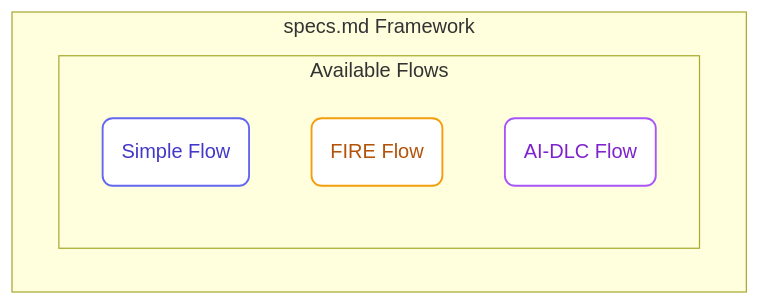
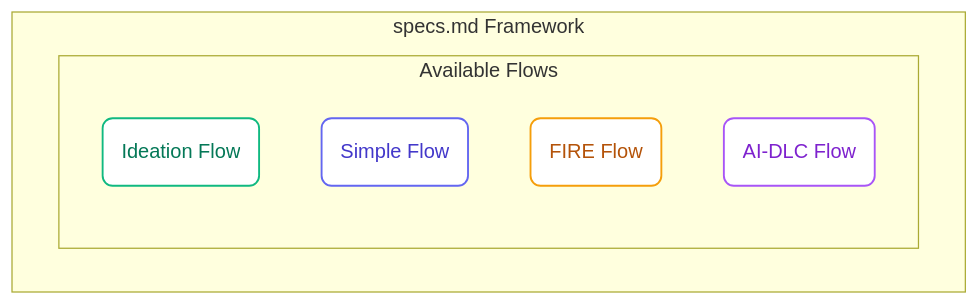
One commit to fabriqaai/specs.md changed the first of 4 diagrams in docs.specs.md/architecture/flows.mdx. Above: the diagram before and after it, drawn with Mermaid. The commit also changed other lines of this file and 6 other files, not shown here.

First line of the commit message:
feat: Introduce Ideation Flow to enhance creative brainstorming capabilities

````diff
--- a/docs.specs.md/architecture/flows.mdx
+++ b/docs.specs.md/architecture/flows.mdx
@@ -10,13 +10,15 @@
 ```mermaid actions={false}
 flowchart TB
     subgraph Framework[specs.md Framework]
         subgraph Flows[Available Flows]
+            Ideation(Ideation Flow):::done
             Simple(Simple Flow):::plan
             FIRE(FIRE Flow):::warn
             AIDLC(AI-DLC Flow):::design
         end
     end
     classDef design fill:#fff,stroke:#A855F7,color:#7E22CE,stroke-width:1.5px,rx:8,ry:8
     classDef plan fill:#fff,stroke:#6366F1,color:#4338CA,stroke-width:1.5px,rx:8,ry:8
     classDef warn fill:#fff,stroke:#F59E0B,color:#B45309,stroke-width:1.5px,rx:8,ry:8
+    classDef done fill:#fff,stroke:#10B981,color:#047857,stroke-width:1.5px,rx:8,ry:8
 ```
````
